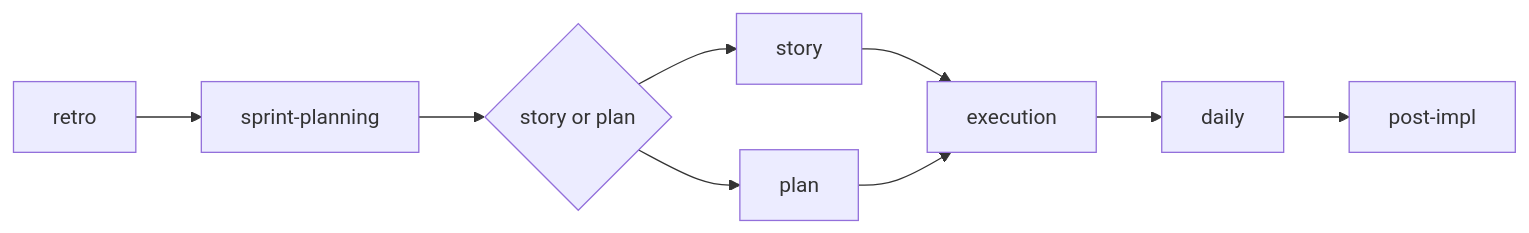
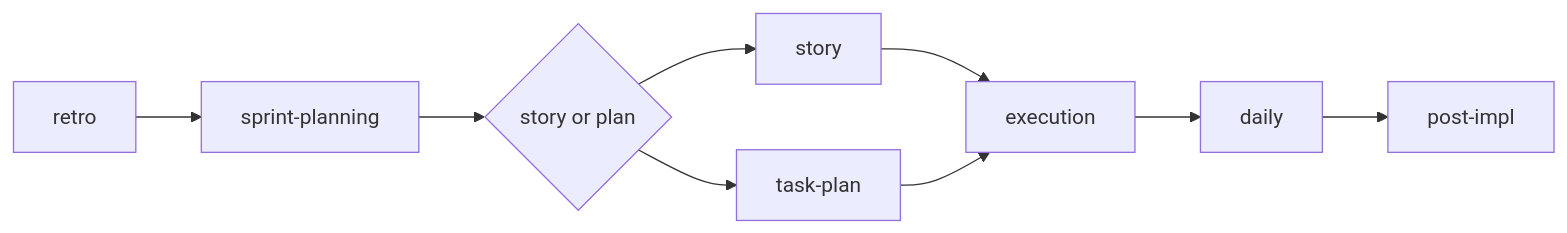
Before and after one commit to djalmajr/essential-skills: the diagram in skills/agile-sprint-planning/SKILL.md, drawn with Mermaid. The commit also changed other lines of this file and 29 other files, not shown here.

First line of the commit message:
Rename agile-plan to agile-task-plan, remove all sizing codes

````diff
--- a/skills/agile-sprint-planning/SKILL.md
+++ b/skills/agile-sprint-planning/SKILL.md
@@ -107,11 +107,11 @@
 ```mermaid
 flowchart LR
     A[retro] --> B[sprint-planning]
     B --> C{story or plan}
     C --> D[story]
-    C --> E[plan]
+    C --> E["task-plan"]
     D --> F[execution]
     E --> F
     F --> G[daily]
     G --> H[post-impl]
 ```
````
